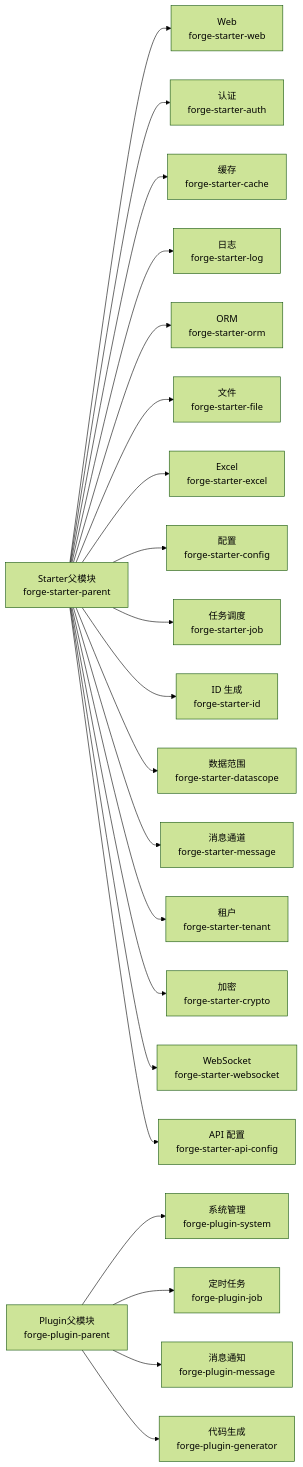
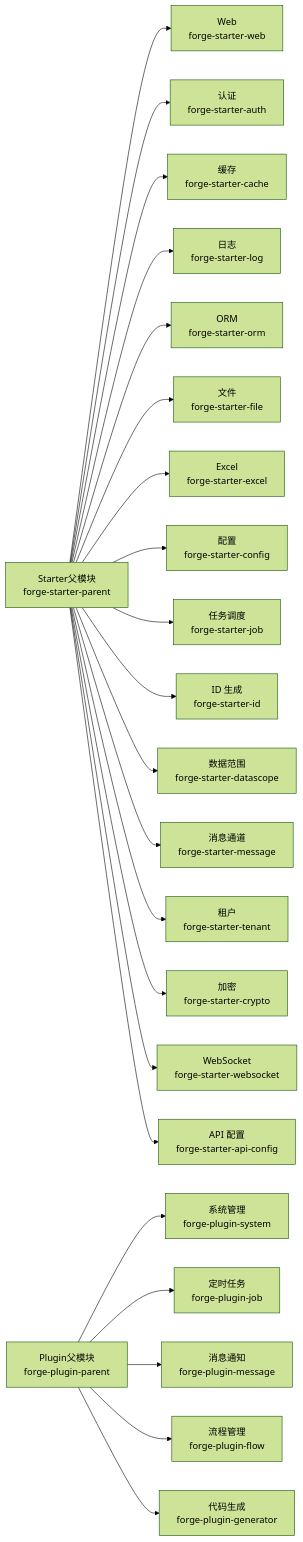
One commit to yaomindong1996/forge-admin changed the fifth of 7 diagrams in .qoder/repowiki/zh/content/系统架构/架构总览.md. Above: the diagram before and after it, drawn with Mermaid (forest theme). The commit also changed other lines of this file and 76 other files, not shown here.

````diff
--- a/.qoder/repowiki/zh/content/系统架构/架构总览.md
+++ b/.qoder/repowiki/zh/content/系统架构/架构总览.md
@@ -179,23 +201,24 @@
 ```mermaid
 graph LR
 SP["Starter父模块<br/>forge-starter-parent"] --> SW["Web<br/>forge-starter-web"]
 SP --> SA["认证<br/>forge-starter-auth"]
 SP --> SC["缓存<br/>forge-starter-cache"]
 SP --> SL["日志<br/>forge-starter-log"]
 SP --> SO["ORM<br/>forge-starter-orm"]
 SP --> SF["文件<br/>forge-starter-file"]
 SP --> SEX["Excel<br/>forge-starter-excel"]
 SP --> SCONF["配置<br/>forge-starter-config"]
 SP --> SJ["任务调度<br/>forge-starter-job"]
 SP --> SID["ID 生成<br/>forge-starter-id"]
 SP --> SDS["数据范围<br/>forge-starter-datascope"]
 SP --> SM["消息通道<br/>forge-starter-message"]
 SP --> STEN["租户<br/>forge-starter-tenant"]
 SP --> SCRY["加密<br/>forge-starter-crypto"]
 SP --> SWS["WebSocket<br/>forge-starter-websocket"]
 SP --> SAPICONF["API 配置<br/>forge-starter-api-config"]
 PP["Plugin父模块<br/>forge-plugin-parent"] --> P_SYS["系统管理<br/>forge-plugin-system"]
 PP --> P_JOB["定时任务<br/>forge-plugin-job"]
 PP --> P_MSG["消息通知<br/>forge-plugin-message"]
+PP --> P_FLOW["流程管理<br/>forge-plugin-flow"]
 PP --> P_GEN["代码生成<br/>forge-plugin-generator"]
 ```
````
